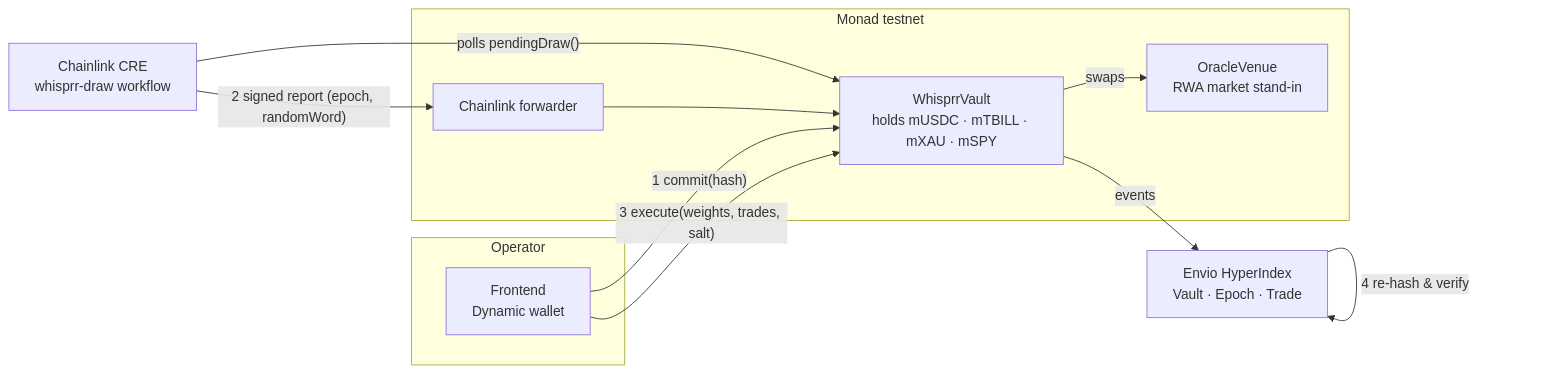
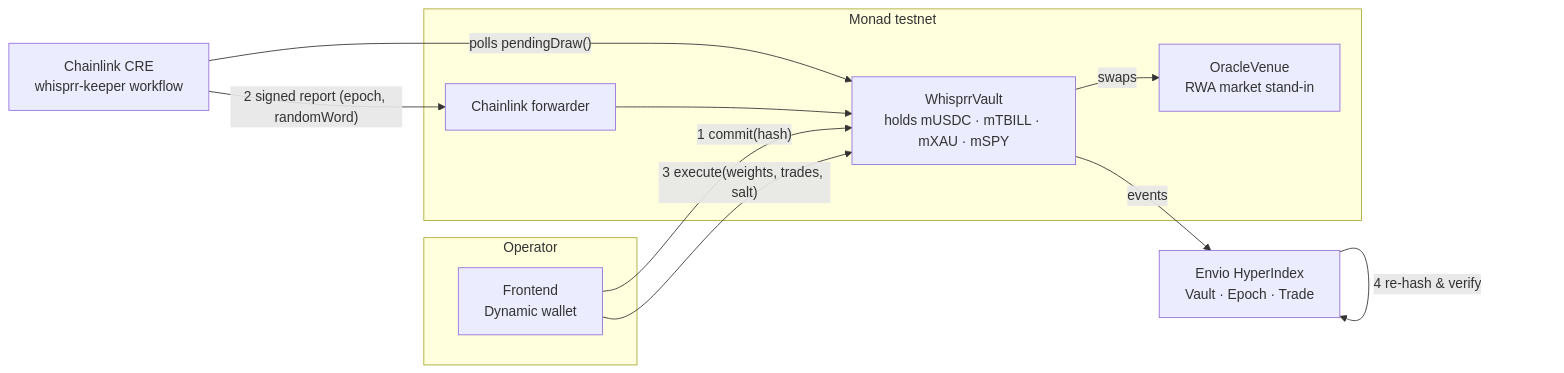
One commit to tarikriviere/whisprr changed the diagram in README.md. Above: the diagram before and after it, drawn with Mermaid. The commit also changed other lines of this file and 34 other files, not shown here.

````diff
--- a/README.md
+++ b/README.md
@@ -77,21 +77,21 @@
 ```mermaid
 flowchart LR
     subgraph Operator
       UI[Frontend<br/>Dynamic wallet]
     end
     subgraph Monad testnet
       V[WhisprrVault<br/>holds mUSDC · mTBILL · mXAU · mSPY]
       X[OracleVenue<br/>RWA market stand-in]
       F[Chainlink forwarder]
     end
-    CRE[Chainlink CRE<br/>whisprr-draw workflow]
+    CRE[Chainlink CRE<br/>whisprr-keeper workflow]
     ENV[Envio HyperIndex<br/>Vault · Epoch · Trade]
 
     UI -- "1 commit(hash)" --> V
     CRE -- "polls pendingDraw()" --> V
     CRE -- "2 signed report (epoch, randomWord)" --> F --> V
     UI -- "3 execute(weights, trades, salt)" --> V
     V -- "swaps" --> X
     V -- "events" --> ENV
     ENV -- "4 re-hash & verify" --> ENV
 ```
````
